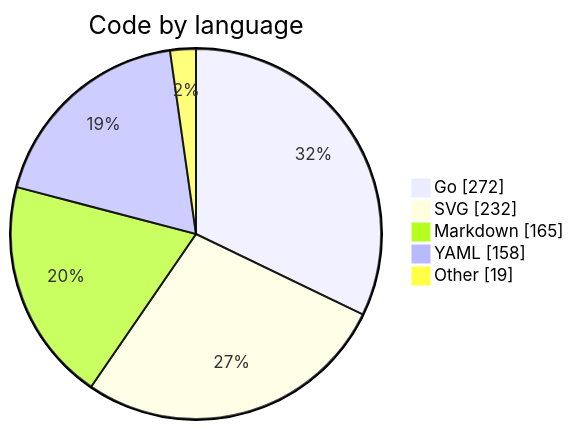
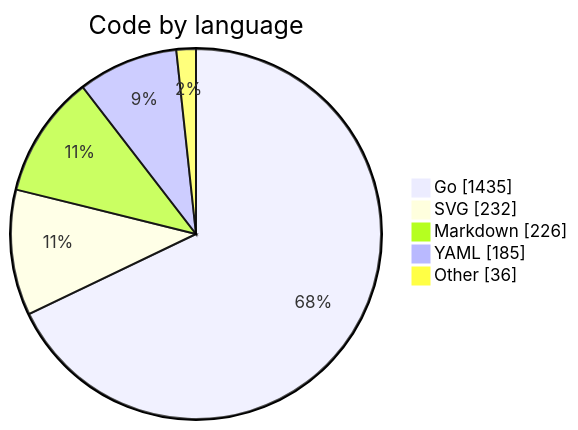
Before and after one commit to binRick/pal: the diagram in README.md, drawn with Mermaid. The commit also changed other lines of this file and 10 other files, not shown here.

````diff
--- a/README.md
+++ b/README.md
@@ -212,9 +268,9 @@
 ```mermaid
 pie showData
     title Code by language
-    "Go" : 272
+    "Go" : 1435
     "SVG" : 232
-    "Markdown" : 165
-    "YAML" : 158
-    "Other" : 19
+    "Markdown" : 226
+    "YAML" : 185
+    "Other" : 36
 ```
````
